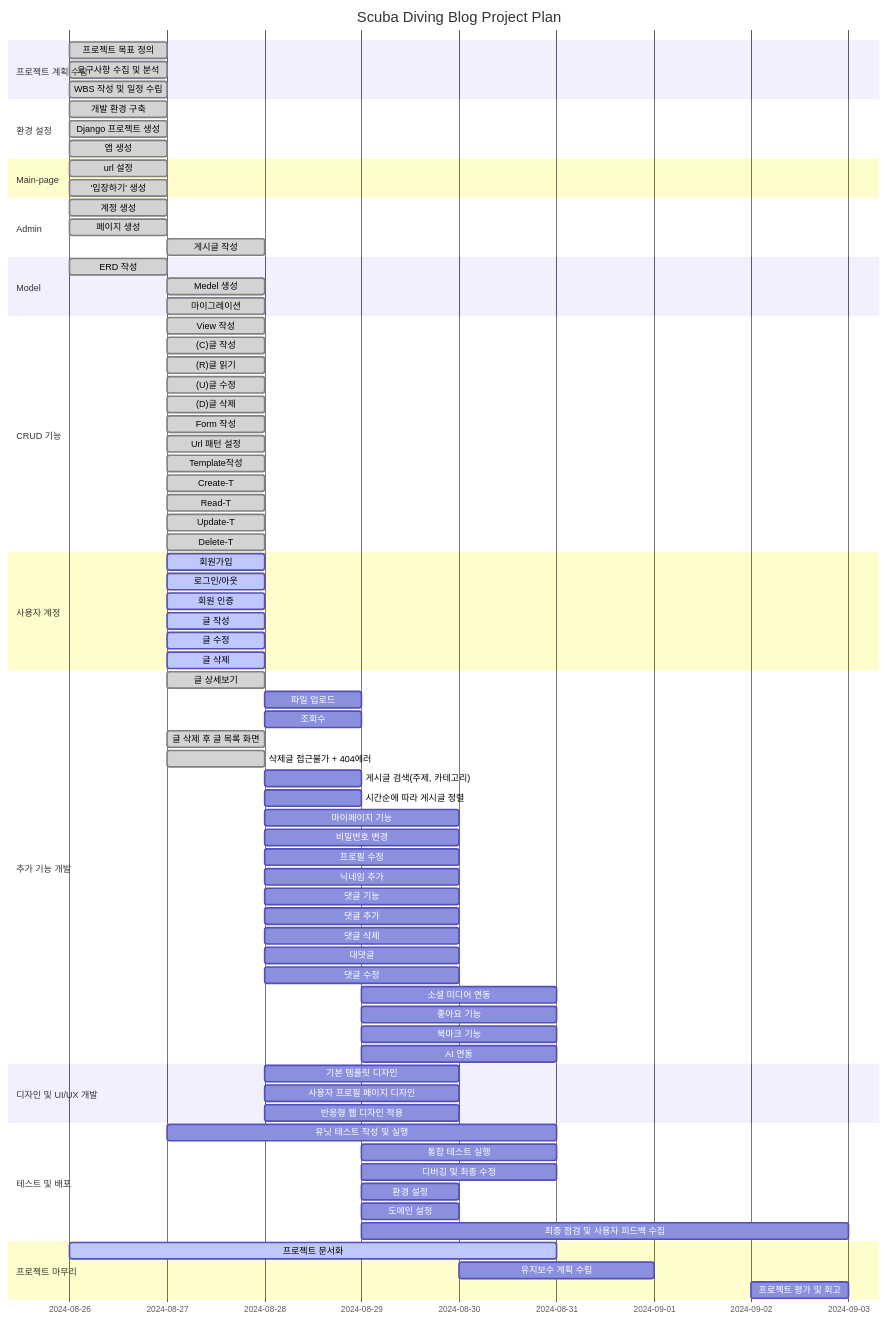
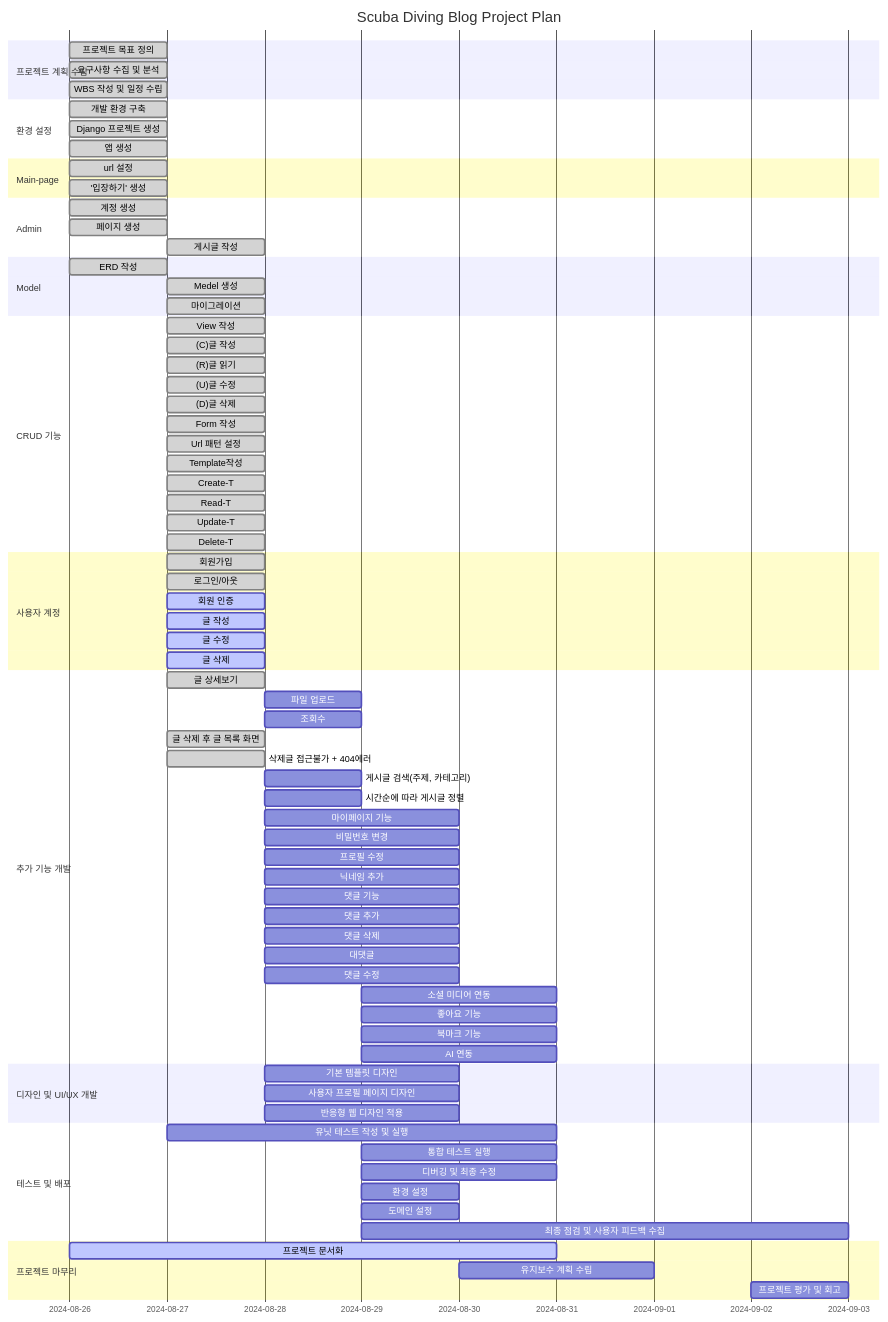
One commit to heeeee-github/travel_blog changed the first of 3 diagrams in README.md. Above: the diagram before and after it, drawn with Mermaid. The commit also changed other lines of this file and 1 other file, not shown here.

Commit message:
:memo: WBS 업데이트, 문서 목록 개선, 오타 수정 등

```diff
--- a/README.md
+++ b/README.md
@@ -67,8 +67,8 @@
     Delete-T                   : done, e4-1, 2024-08-27, 1d
 
     section 사용자 계정
-    회원가입                   : active, f1, 2024-08-27, 1d
-    로그인/아웃                   : active, f2, 2024-08-27, 1d
+    회원가입                   : done, f1, 2024-08-27, 1d
+    로그인/아웃                   : done, f2, 2024-08-27, 1d
     회원 인증                   : active, f3, 2024-08-27, 1d
     글 작성                   : active, f3-1, 2024-08-27, 1d
     글 수정                   : active, f3-2, 2024-08-27, 1d
```
